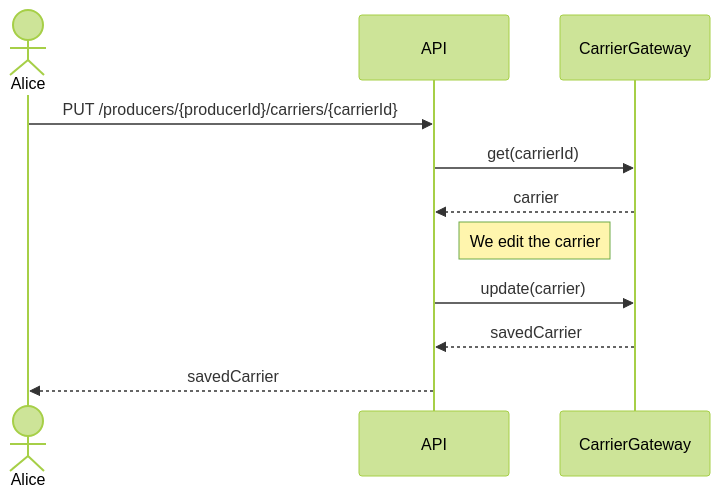
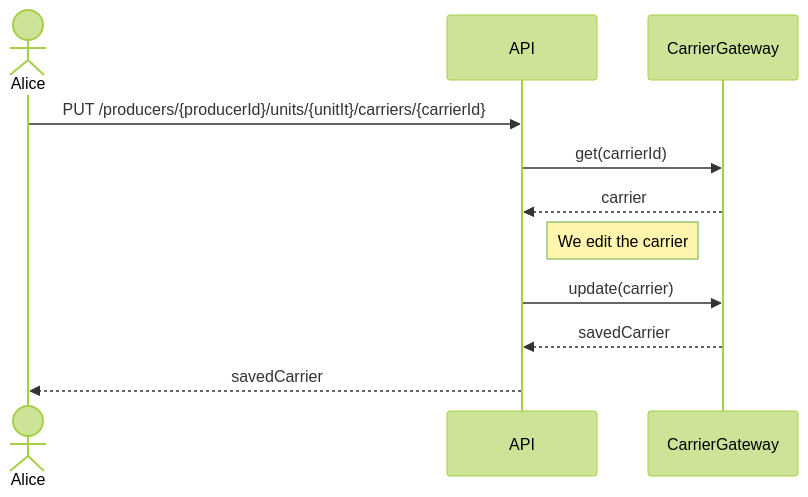
Before and after one commit to hivetown/planning: diagram 29 of 32 in sequence.md, drawn with Mermaid (forest theme). The commit also changed other lines of this file and 3 other files, not shown here.

````diff
--- a/sequence.md
+++ b/sequence.md
@@ -1037,18 +1035,18 @@
 ```mermaid
 sequenceDiagram
     actor A as Alice
     participant API
     participant CG as CarrierGateway
 
-    A ->> API: PUT /producers/{producerId}/carriers/{carrierId}
+    A ->> API: PUT /producers/{producerId}/units/{unitIt}/carriers/{carrierId}
 
     API ->> CG: get(carrierId)
     CG -->> API: carrier
 
     Note right of API: We edit the carrier
 
     API ->> CG: update(carrier)
     CG -->> API: savedCarrier
 
     API -->> A: savedCarrier
 ```
````
